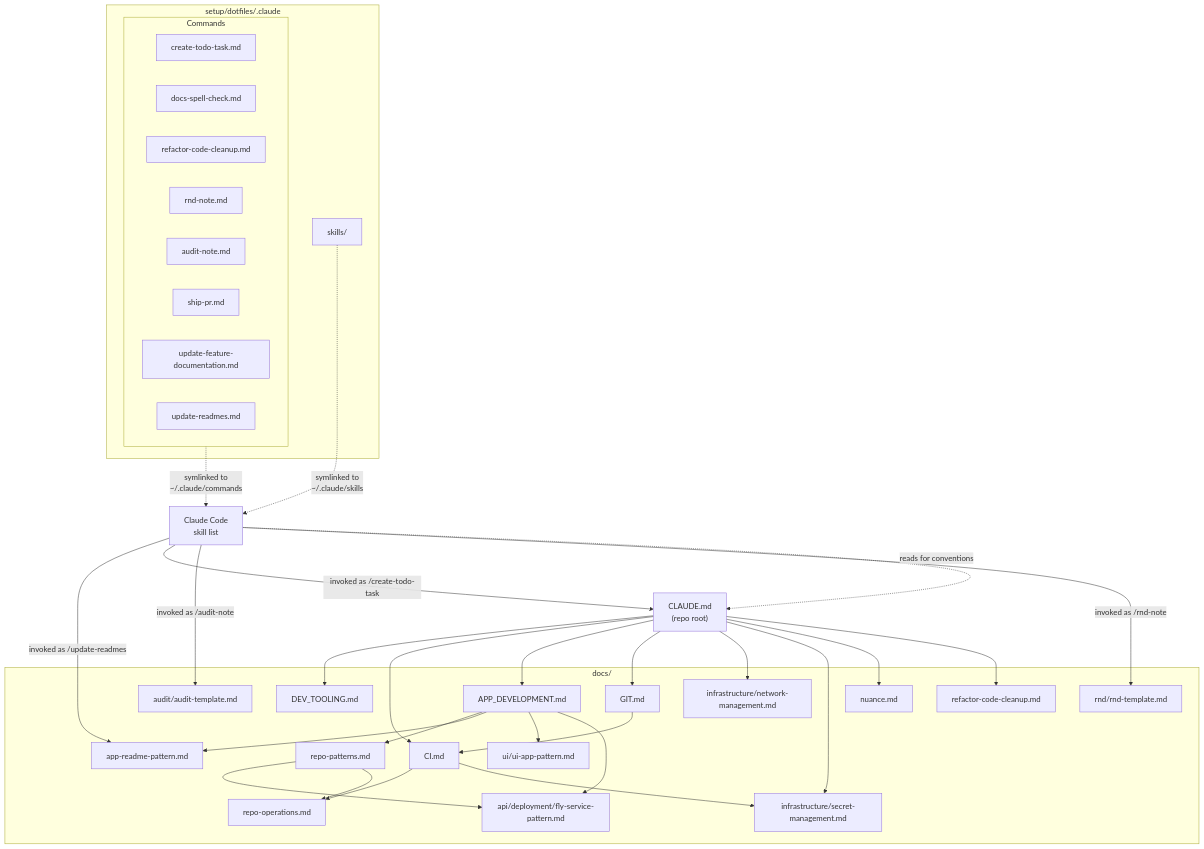
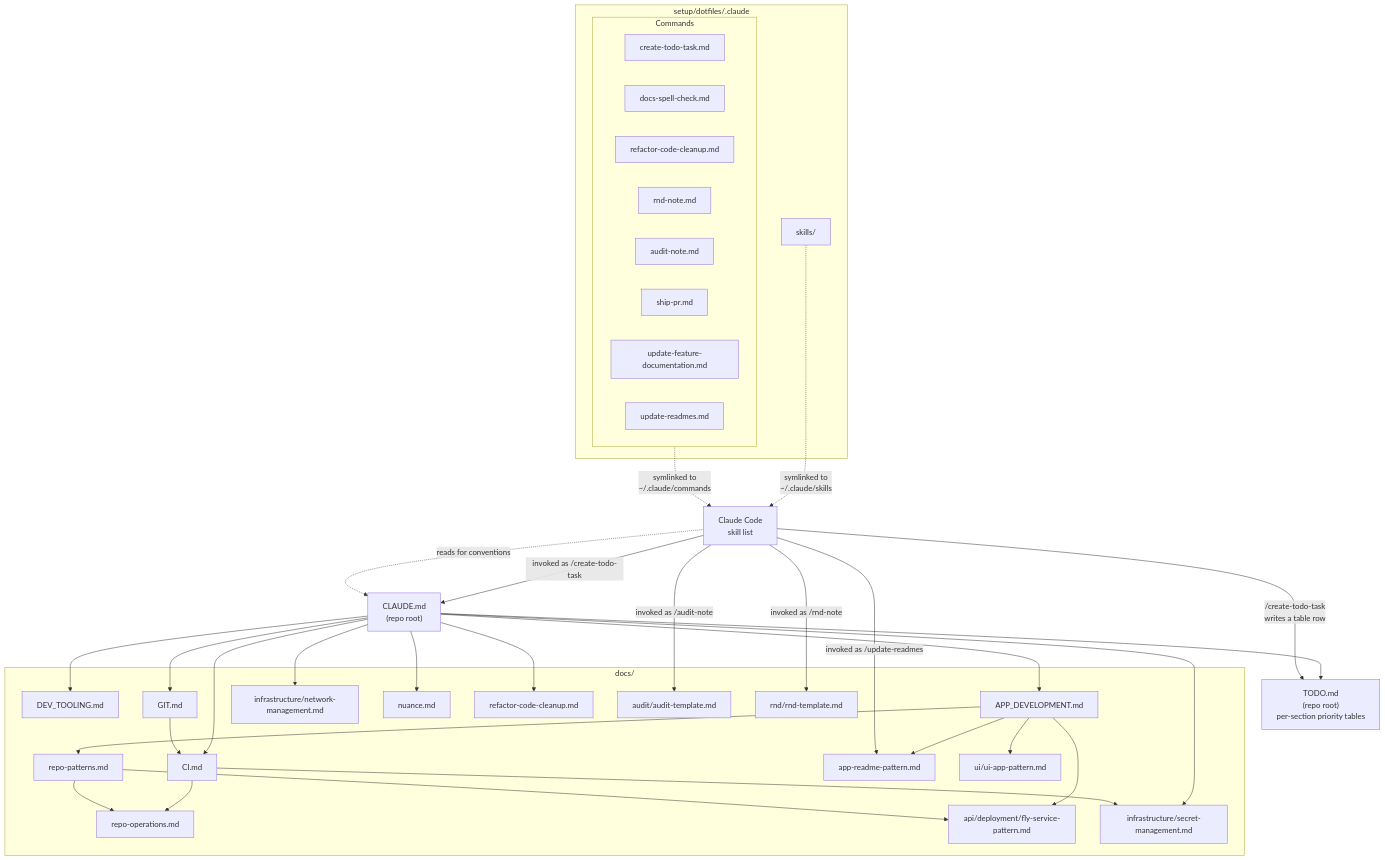
Before and after one commit to iamharryliu/vigilant-broccoli: the diagram in docs/agent-diagram.md, drawn with Mermaid. The commit also changed other lines of this file and 6 other files, not shown here.

First line of the commit message:
docs(todo): Restructure TODO.md into per-category priority tables.

````diff
--- a/docs/agent-diagram.md
+++ b/docs/agent-diagram.md
@@ -5,64 +5,67 @@
 ```mermaid
 flowchart TD
     CLAUDE["CLAUDE.md<br/>(repo root)"]
+    TODO["TODO.md<br/>(repo root)<br/>per-section priority tables"]
 
     subgraph DOCS["docs/"]
         DEV_TOOLING["DEV_TOOLING.md"]
         CI["CI.md"]
         APP_DEV["APP_DEVELOPMENT.md"]
         GIT["GIT.md"]
         NETWORK["infrastructure/network-management.md"]
         NUANCE["nuance.md"]
         REPO_PATTERNS["repo-patterns.md"]
         REPO_OPS["repo-operations.md"]
         APP_README["app-readme-pattern.md"]
         UI_PATTERN["ui/ui-app-pattern.md"]
         FLY_PATTERN["api/deployment/fly-service-pattern.md"]
         SECRETS["infrastructure/secret-management.md"]
         REFACTOR["refactor-code-cleanup.md"]
         AUDIT_TPL["audit/audit-template.md"]
         RND_TPL["rnd/rnd-template.md"]
     end
 
     CLAUDE --> DEV_TOOLING
     CLAUDE --> CI
     CLAUDE --> APP_DEV
     CLAUDE --> GIT
     CLAUDE --> NETWORK
     CLAUDE --> SECRETS
     CLAUDE --> NUANCE
     CLAUDE --> REFACTOR
+    CLAUDE --> TODO
 
     CI --> REPO_OPS
     CI --> SECRETS
     GIT --> CI
     APP_DEV --> REPO_PATTERNS
     APP_DEV --> APP_README
     APP_DEV --> UI_PATTERN
     APP_DEV --> FLY_PATTERN
     REPO_PATTERNS --> FLY_PATTERN
     REPO_PATTERNS --> REPO_OPS
 
     subgraph SKILLS["setup/dotfiles/.claude"]
         subgraph COMMANDS["Commands"]
             CMD_TODO["create-todo-task.md"]
             CMD_SPELLCHECK["docs-spell-check.md"]
             CMD_REFACTOR_CLEANUP["refactor-code-cleanup.md"]
             CMD_RND_NOTE["rnd-note.md"]
             CMD_AUDIT_NOTE["audit-note.md"]
             CMD_SHIP_PR["ship-pr.md"]
             CMD_UPDATE_FEATURE_DOCS["update-feature-documentation.md"]
             CMD_UPDATE_READMES["update-readmes.md"]
         end
         SKILLDIR["skills/"]
     end
 
     COMMANDS -.->|symlinked to<br/>~/.claude/commands| CLAUDECODE["Claude Code<br/>skill list"]
     SKILLDIR -.->|symlinked to<br/>~/.claude/skills| CLAUDECODE
 
     CLAUDECODE -->|invoked as /update-readmes| APP_README
     CLAUDECODE -->|invoked as /create-todo-task| CLAUDE
+    CLAUDECODE -->|/create-todo-task<br/>writes a table row| TODO
     CLAUDECODE -->|invoked as /audit-note| AUDIT_TPL
     CLAUDECODE -->|invoked as /rnd-note| RND_TPL
     CLAUDECODE -.->|reads for conventions| CLAUDE
 ```
````
